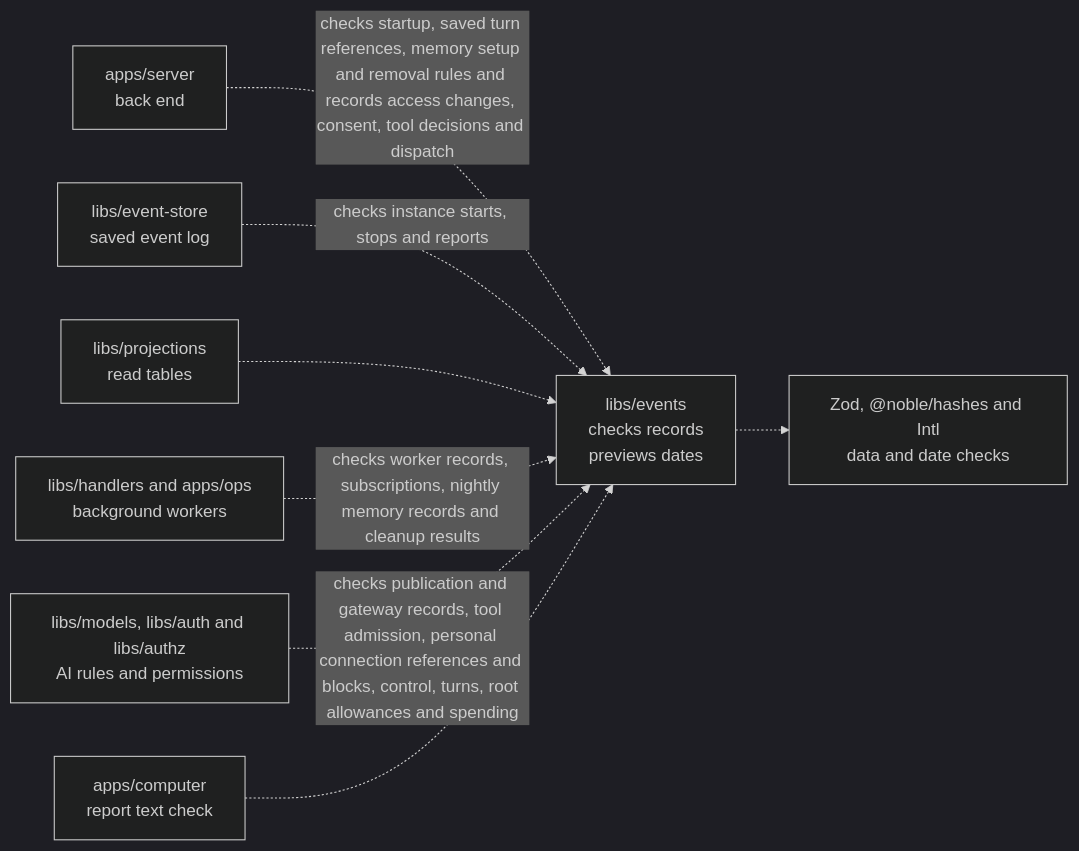
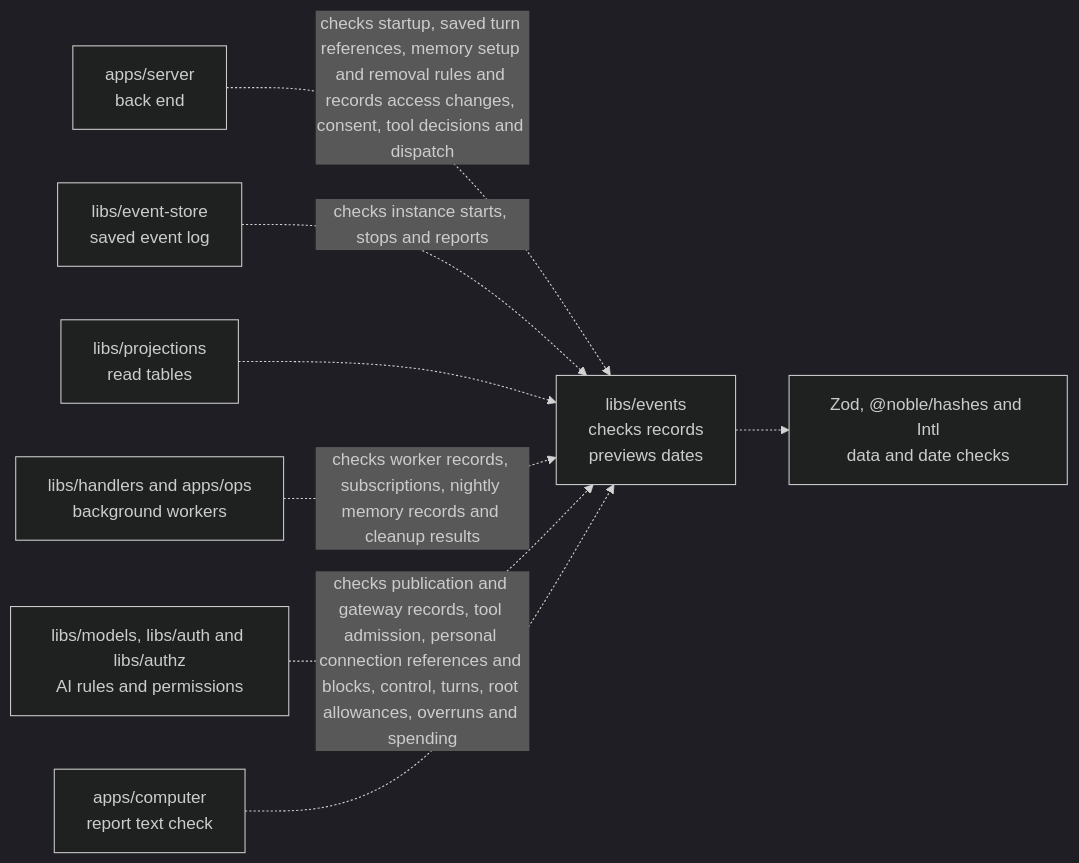
One commit to elewa-git/opencrane-new changed the diagram in libs/events/README.md. Above: the diagram before and after it, drawn with Mermaid (dark theme). The commit also changed other lines of this file and 8 other files, not shown here.

````diff
--- a/libs/events/README.md
+++ b/libs/events/README.md
@@ -27,10 +27,10 @@
 ```mermaid
 flowchart LR
   server["apps/server<br/>back end"] -.->|checks startup, saved turn references, memory setup and removal rules and records access changes, consent, tool decisions and dispatch| events["libs/events<br/>checks records<br/>previews dates"]
   store["libs/event-store<br/>saved event log"] -.->|checks instance starts, stops and reports| events
   projections["libs/projections<br/>read tables"] -.-> events
   workers["libs/handlers and apps/ops<br/>background workers"] -.->|checks worker records, subscriptions, nightly memory records and cleanup results| events
-  others["libs/models, libs/auth and libs/authz<br/>AI rules and permissions"] -.->|checks publication and gateway records, tool admission, personal connection references and blocks, control, turns, root allowances and spending| events
+  others["libs/models, libs/auth and libs/authz<br/>AI rules and permissions"] -.->|checks publication and gateway records, tool admission, personal connection references and blocks, control, turns, root allowances, overruns and spending| events
   computer["apps/computer<br/>report text check"] -.-> events
   events -.-> checks["Zod, @noble/hashes and Intl<br/>data and date checks"]
 ```
````
